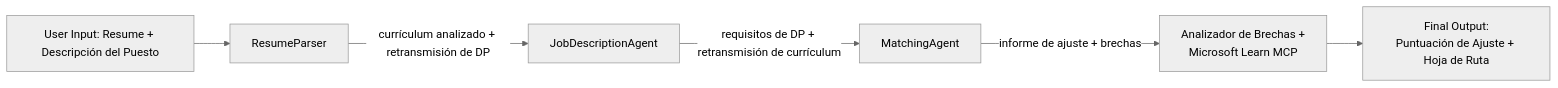
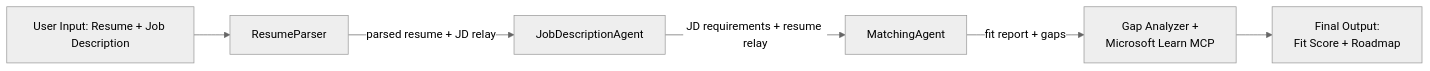
Before and after one commit to microsoft-foundry/Foundry_Toolkit_for_VSCode_Lab: the diagram in translations/es/workshop/lab02-multi-agent/PersonalCareerCopilot/README.md, drawn with Mermaid (neutral theme). The commit also changed other lines of this file and 74 other files, not shown here.

````diff
--- a/translations/es/workshop/lab02-multi-agent/PersonalCareerCopilot/README.md
+++ b/translations/es/workshop/lab02-multi-agent/PersonalCareerCopilot/README.md
@@ -18,8 +18,8 @@
 ```mermaid
 flowchart LR
-    UserInput["User Input: Resume + Descripción del Puesto"] --> ResumeParser
-    ResumeParser -- "currículum analizado + retransmisión de DP" --> JobDescriptionAgent
-    JobDescriptionAgent -- "requisitos de DP + retransmisión de currículum" --> MatchingAgent
-    MatchingAgent -- "informe de ajuste + brechas" --> GapAnalyzerMCP["Analizador de Brechas +\nMicrosoft Learn MCP"]
-    GapAnalyzerMCP --> FinalOutput["Final Output:\nPuntuación de Ajuste + Hoja de Ruta"]
+    UserInput["User Input: Resume + Job Description"] --> ResumeParser
+    ResumeParser -- "parsed resume + JD relay" --> JobDescriptionAgent
+    JobDescriptionAgent -- "JD requirements + resume relay" --> MatchingAgent
+    MatchingAgent -- "fit report + gaps" --> GapAnalyzerMCP["Gap Analyzer +\nMicrosoft Learn MCP"]
+    GapAnalyzerMCP --> FinalOutput["Final Output:\nFit Score + Roadmap"]
 ```
````
